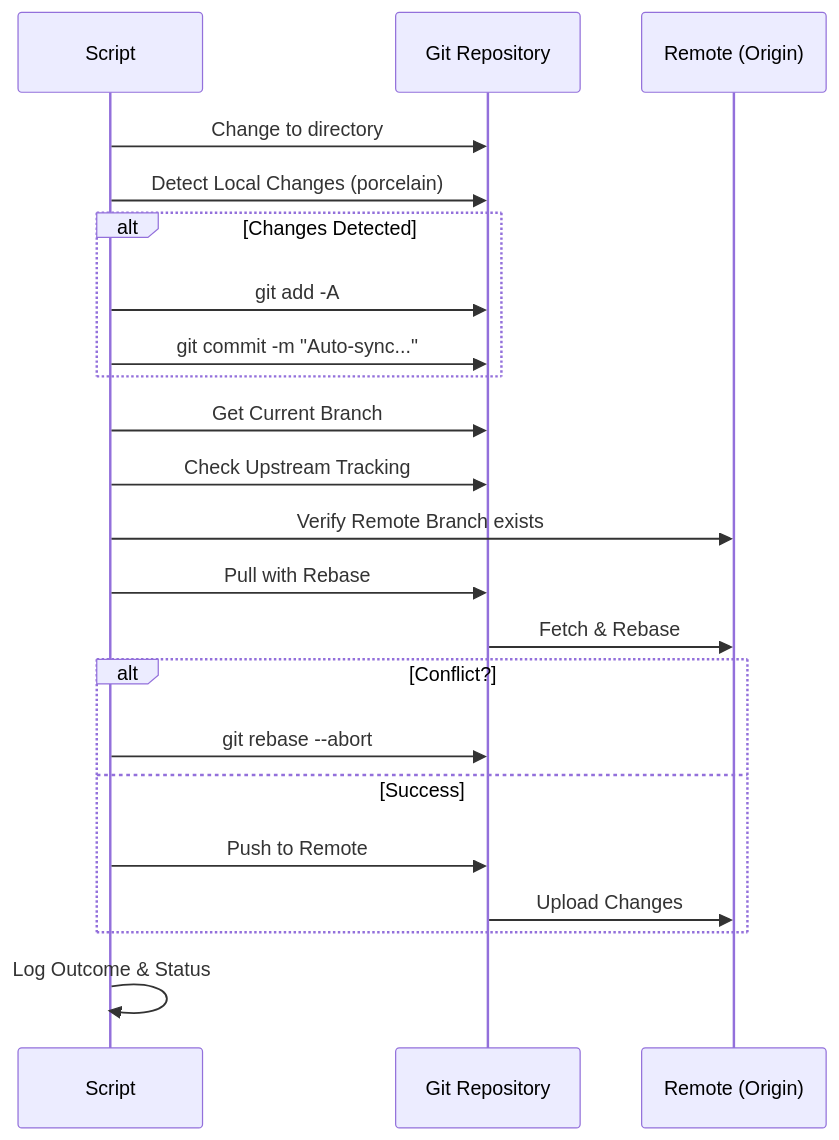
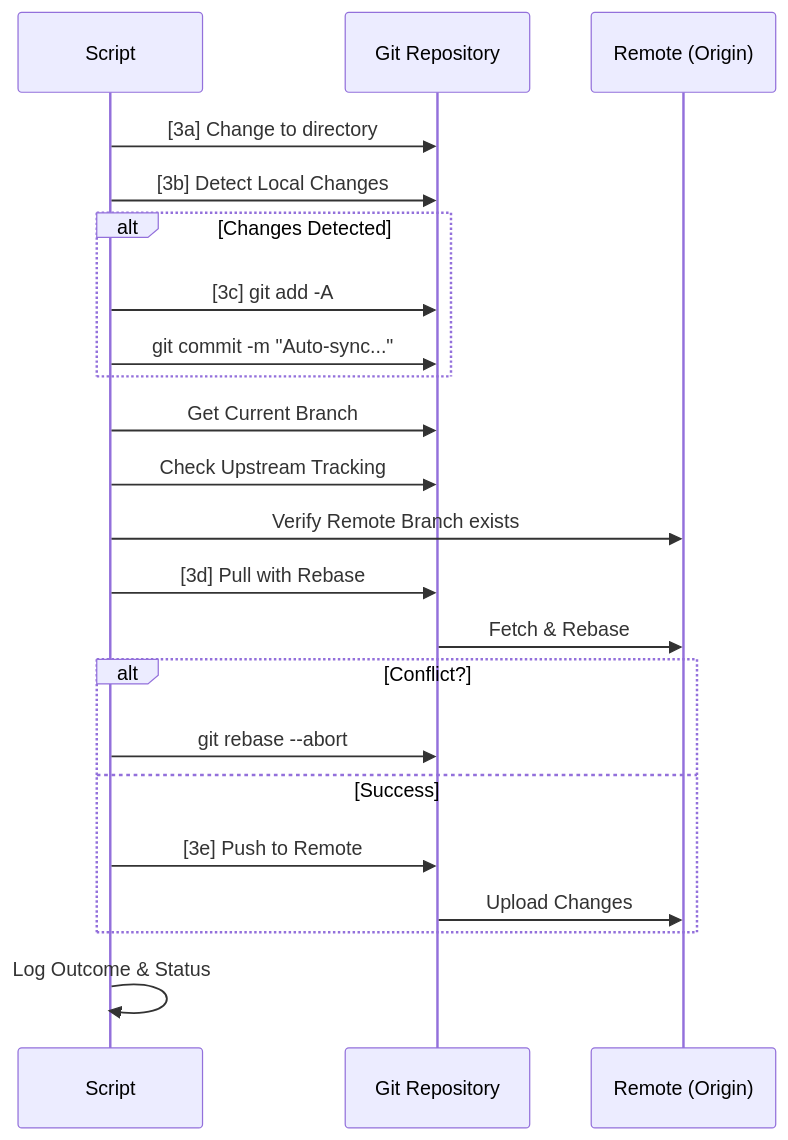
One commit to mshedsilegx/devops changed the third of 5 diagrams in git_repomgr/git_autosync_CHARTS.md. Above: the diagram before and after it, drawn with Mermaid. The commit also changed other lines of this file and 1 other file, not shown here.

````diff
--- a/git_repomgr/git_autosync_CHARTS.md
+++ b/git_repomgr/git_autosync_CHARTS.md
@@ -66,24 +66,24 @@
 ```mermaid
 sequenceDiagram
 participant S as Script
 participant G as Git Repository
 participant R as Remote (Origin)
-S->>G: Change to directory
-S->>G: Detect Local Changes (porcelain)
+S->>G: [3a] Change to directory
+S->>G: [3b] Detect Local Changes
 alt Changes Detected
-S->>G: git add -A
+S->>G: [3c] git add -A
 S->>G: git commit -m "Auto-sync..."
 end
 S->>G: Get Current Branch
 S->>G: Check Upstream Tracking
 S->>R: Verify Remote Branch exists
-S->>G: Pull with Rebase
+S->>G: [3d] Pull with Rebase
 G->>R: Fetch & Rebase
 alt Conflict?
 S->>G: git rebase --abort
 else Success
-S->>G: Push to Remote
+S->>G: [3e] Push to Remote
 G->>R: Upload Changes
 end
 S->>S: Log Outcome & Status
 ```
````
